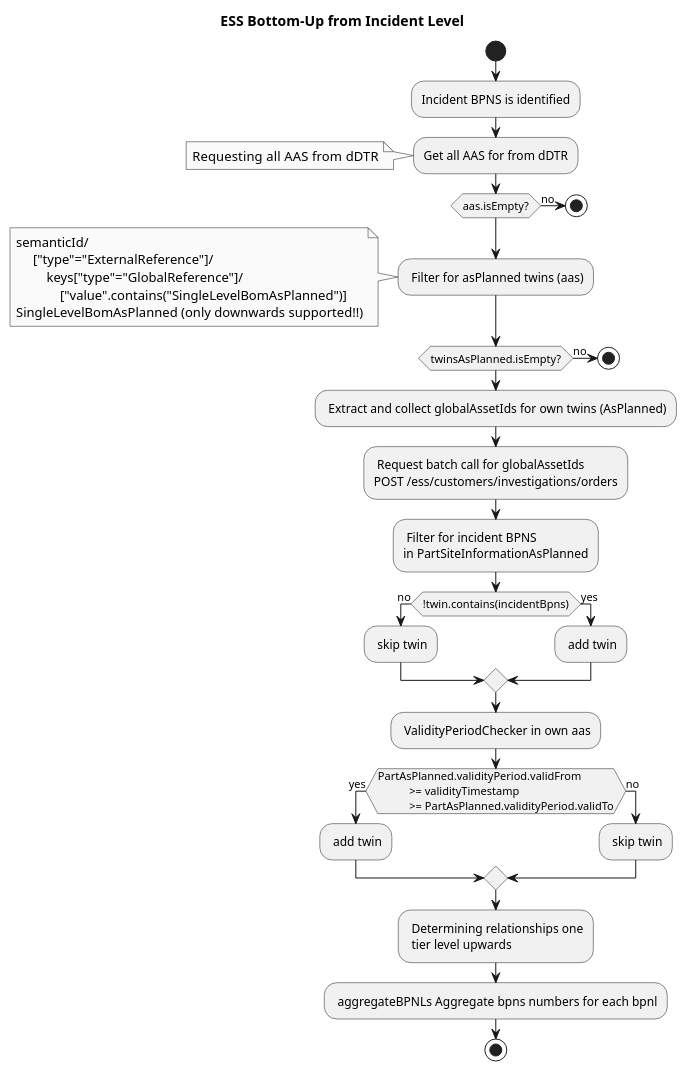
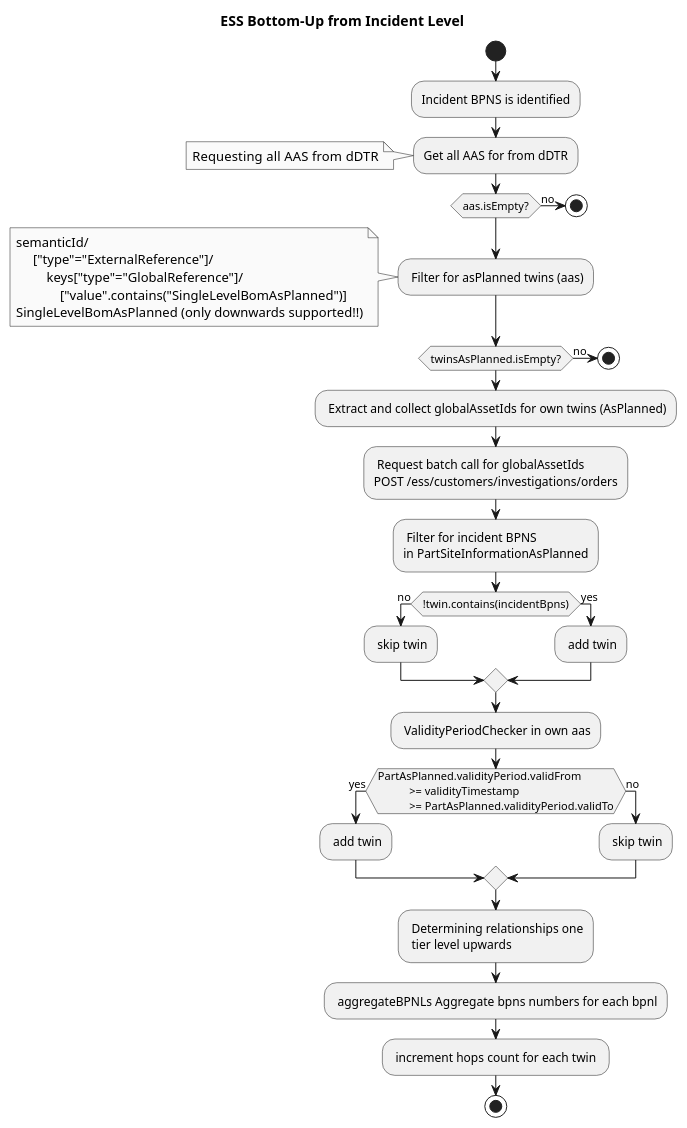
Before and after one commit to eclipse-tractusx/item-relationship-service: the diagram in docs/src/uml-diagrams/irs-recursive/ess-bottom-up/activity/1_incident_scenario_ess-bottom_up-activity.puml, drawn with PlantUML. The commit also changed 3 other files, not shown here.

Commit message:
fix(digram):[TRI-1417]  add hops count

```diff
--- a/docs/src/uml-diagrams/irs-recursive/ess-bottom-up/activity/1_incident_scenario_ess-bottom_up-activity.puml
+++ b/docs/src/uml-diagrams/irs-recursive/ess-bottom-up/activity/1_incident_scenario_ess-bottom_up-activity.puml
@@ -1,61 +1,61 @@
 @startuml
 skinparam monochrome true
 skinparam shadowing false
 skinparam defaultFontName "Architects daughter"
 title "ESS Bottom-Up from Incident Level"
 
 
 | OEM  - IRS Incident Tier Level |
 start
 :Incident BPNS is identified;
 :Get all AAS for from dDTR;
 note left
    Requesting all AAS  from dDTR
 end note
 if(aas.isEmpty?) then (no)
     stop
 endif
 
 : Filter for asPlanned twins (aas);
 note left
                semanticId/
                     ["type"="ExternalReference"]/
                         keys["type"="GlobalReference"]/
                             ["value".contains("SingleLevelBomAsPlanned")]
                SingleLevelBomAsPlanned (only downwards supported!!)
 end note
 if(twinsAsPlanned.isEmpty?) then (no)
     stop
 endif
 
 : Extract and collect globalAssetIds for own twins (AsPlanned);
 : Request batch call for globalAssetIds
 POST /ess/customers/investigations/orders;
 
 : Filter for incident BPNS
 in PartSiteInformationAsPlanned;
 
 if(!twin.contains(incidentBpns)) then (no)
     : skip twin;
 else (yes)
     : add twin;
 endif
 
 : ValidityPeriodChecker in own aas;
 if(PartAsPlanned.validityPeriod.validFrom
            >= validityTimestamp
            >= PartAsPlanned.validityPeriod.validTo) then (yes)
     : add twin;
 else (no)
     : skip twin;
 endif
 
 
 : Determining relationships one
  tier level upwards;
 
 : aggregateBPNLs Aggregate bpns numbers for each bpnl;
-
+: increment hops count for each twin ;
 stop
 
 @enduml
```
